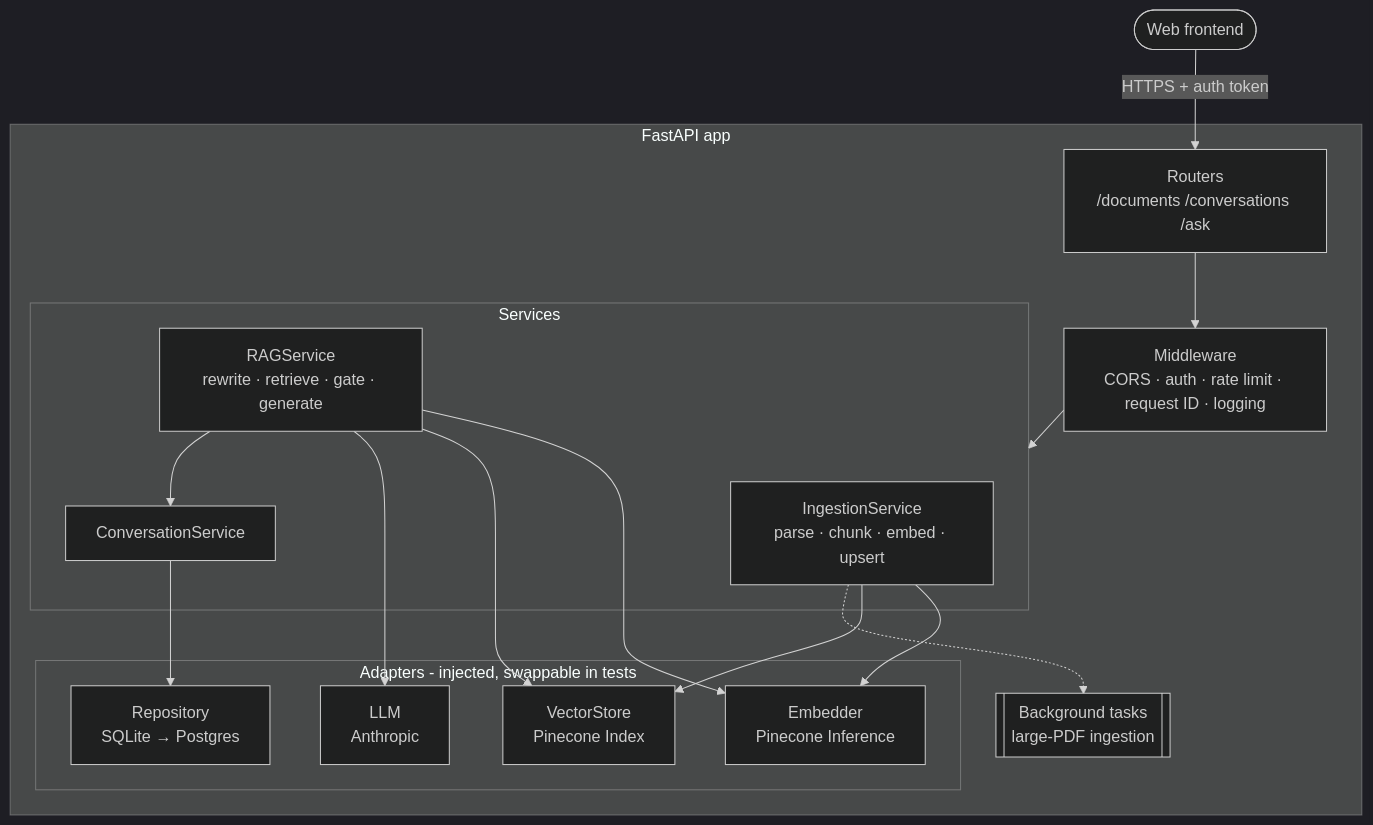
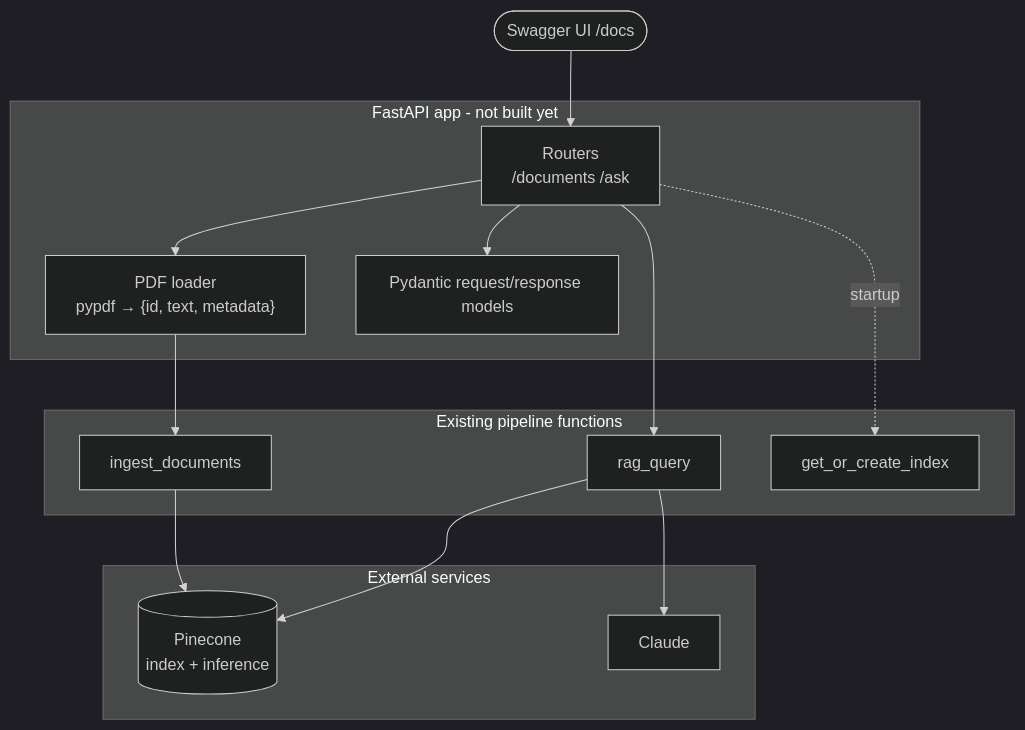
One commit to lsolor/korg-pdf-qa changed diagram 13 of 19 in ARCHITECTURE.md. Above: the diagram before and after it, drawn with Mermaid (dark theme). The commit also changed other lines of this file, not shown here.

First line of the commit message:
Update ARCHITECTURE.md for the script-based RAG pipeline

````diff
--- a/ARCHITECTURE.md
+++ b/ARCHITECTURE.md
@@ -546,28 +530,29 @@
 ```mermaid
 flowchart TB
-    fe([Web frontend]) -->|HTTPS + auth token| gw
+    swagger([Swagger UI /docs]) --> api
 
-    subgraph app [FastAPI app]
-        gw[Routers<br/>/documents /conversations /ask]
-        mw[Middleware<br/>CORS · auth · rate limit · request ID · logging]
-        subgraph services [Services]
-            ing[IngestionService<br/>parse · chunk · embed · upsert]
-            rag[RAGService<br/>rewrite · retrieve · gate · generate]
-            conv[ConversationService]
-        end
-        subgraph adapters [Adapters - injected, swappable in tests]
-            emb[Embedder<br/>Pinecone Inference]
-            vs[VectorStore<br/>Pinecone Index]
-            llm[LLM<br/>Anthropic]
-            repo[Repository<br/>SQLite → Postgres]
-        end
-        bg[[Background tasks<br/>large-PDF ingestion]]
+    subgraph app [FastAPI app - not built yet]
+        api["Routers<br/>/documents /ask"]
+        loader["PDF loader<br/>pypdf → {id, text, metadata}"]
+        schemas["Pydantic request/response models"]
     end
 
-    gw --> mw --> services
-    ing --> emb & vs
-    ing -.-> bg
-    rag --> emb & vs & llm
-    conv --> repo
-    rag --> conv
+    subgraph core [Existing pipeline functions]
+        ing[ingest_documents]
+        rag[rag_query]
+        idx[get_or_create_index]
+    end
+
+    subgraph ext [External services]
+        pc[(Pinecone<br/>index + inference)]
+        cl[Claude]
+    end
+
+    api --> schemas
+    api --> loader --> ing
+    api --> rag
+    api -. startup .-> idx
+    ing --> pc
+    rag --> pc
+    rag --> cl
 ```
````
